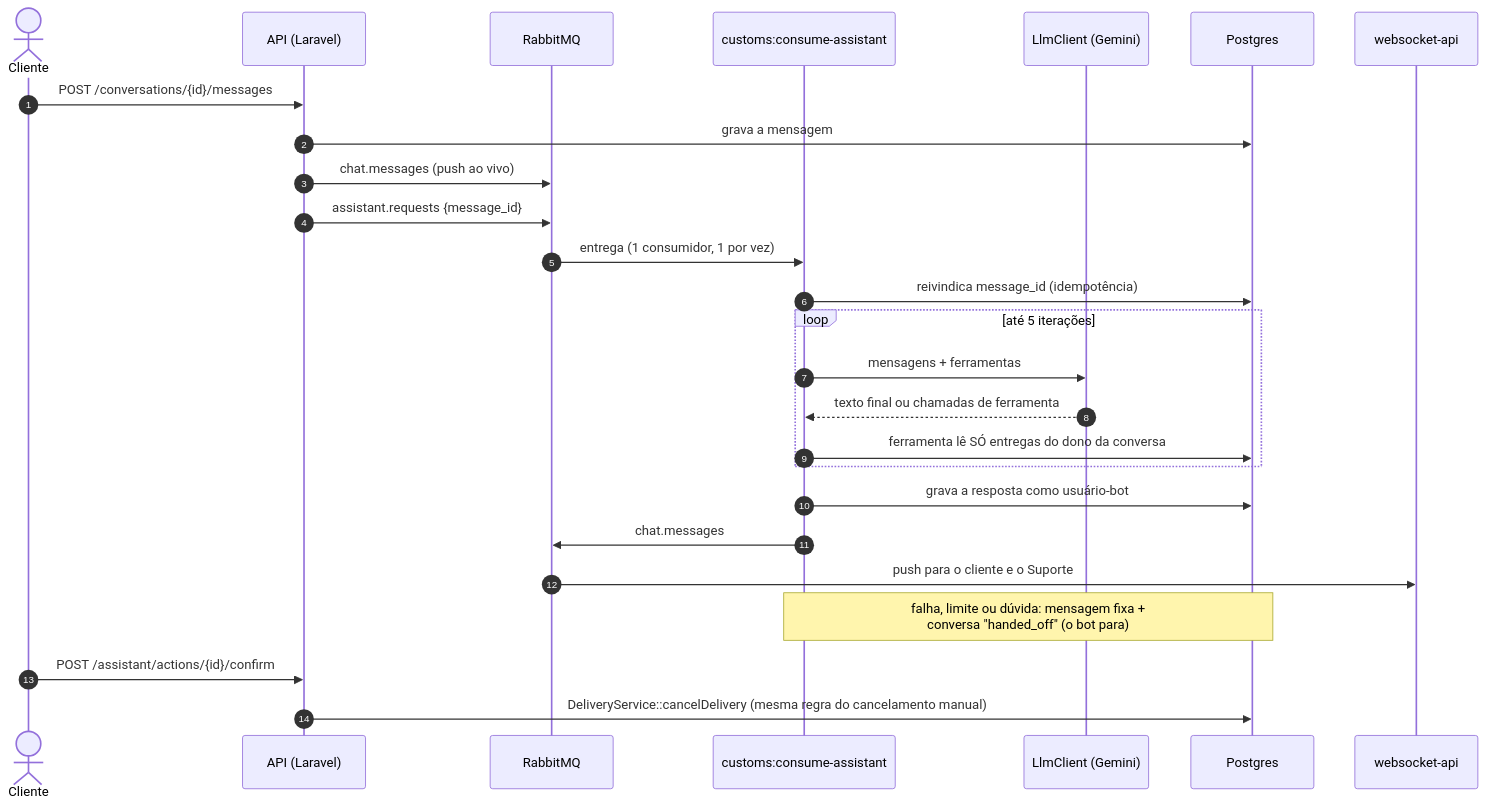
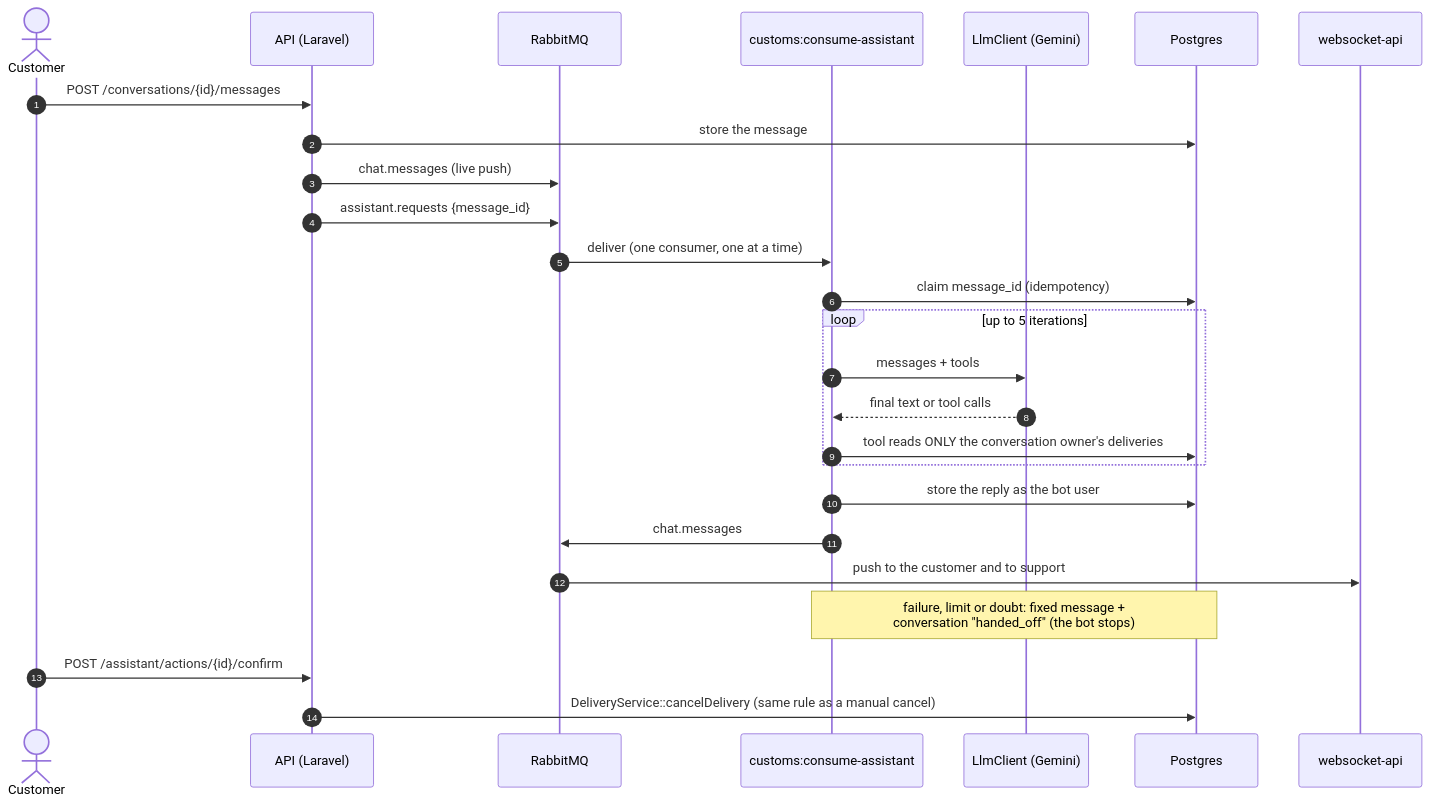
One commit to moonery-system/api changed the second of 2 diagrams in README.md. Above: the diagram before and after it, drawn with Mermaid. The commit also changed other lines of this file, not shown here.

````diff
--- a/README.md
+++ b/README.md
@@ -12,30 +89,30 @@
 ```mermaid
 sequenceDiagram
     autonumber
-    actor C as Cliente
+    actor C as Customer
     participant API as API (Laravel)
     participant Q as RabbitMQ
     participant W as customs:consume-assistant
     participant L as LlmClient (Gemini)
     participant DB as Postgres
     participant WS as websocket-api
 
     C->>API: POST /conversations/{id}/messages
-    API->>DB: grava a mensagem
-    API->>Q: chat.messages (push ao vivo)
+    API->>DB: store the message
+    API->>Q: chat.messages (live push)
     API->>Q: assistant.requests {message_id}
-    Q->>W: entrega (1 consumidor, 1 por vez)
-    W->>DB: reivindica message_id (idempotência)
-    loop até 5 iterações
-        W->>L: mensagens + ferramentas
-        L-->>W: texto final ou chamadas de ferramenta
-        W->>DB: ferramenta lê SÓ entregas do dono da conversa
+    Q->>W: deliver (one consumer, one at a time)
+    W->>DB: claim message_id (idempotency)
+    loop up to 5 iterations
+        W->>L: messages + tools
+        L-->>W: final text or tool calls
+        W->>DB: tool reads ONLY the conversation owner's deliveries
     end
-    W->>DB: grava a resposta como usuário-bot
+    W->>DB: store the reply as the bot user
     W->>Q: chat.messages
-    Q->>WS: push para o cliente e o Suporte
-    Note over W,DB: falha, limite ou dúvida: mensagem fixa +<br/>conversa "handed_off" (o bot para)
+    Q->>WS: push to the customer and to support
+    Note over W,DB: failure, limit or doubt: fixed message +<br/>conversation "handed_off" (the bot stops)
 
     C->>API: POST /assistant/actions/{id}/confirm
-    API->>DB: DeliveryService::cancelDelivery (mesma regra do cancelamento manual)
+    API->>DB: DeliveryService::cancelDelivery (same rule as a manual cancel)
 ```
````
